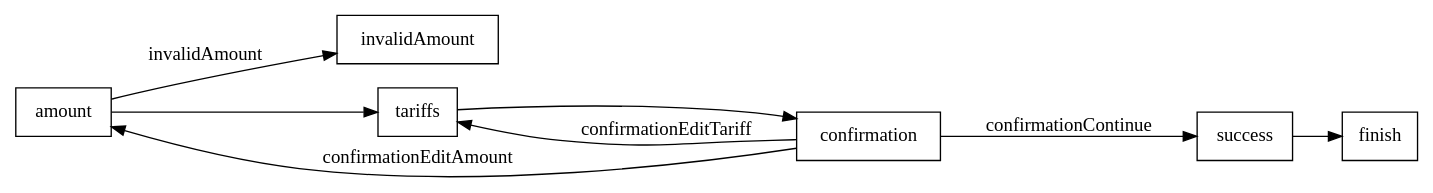
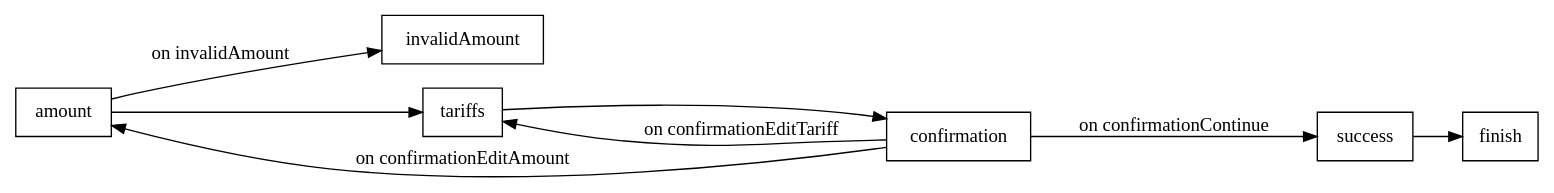
The diagram in README.md (m6vrm/flowkit), drawn with Graphviz before and after one commit. The commit also changed 5 other files, not shown here.

````diff
--- a/README.md
+++ b/README.md
@@ -224,14 +224,14 @@
 ```dot
 strict digraph {
 	rankdir=LR
 	node [shape=box]
 
-	amount -> invalidAmount [label="invalidAmount"]
+	amount -> invalidAmount [label="on invalidAmount"]
 	amount -> tariffs
 	tariffs -> confirmation
-	confirmation -> success [label="confirmationContinue"]
-	confirmation -> amount [label="confirmationEditAmount"]
-	confirmation -> tariffs [label="confirmationEditTariff"]
+	confirmation -> success [label="on confirmationContinue"]
+	confirmation -> amount [label="on confirmationEditAmount"]
+	confirmation -> tariffs [label="on confirmationEditTariff"]
 	success -> finish
 }
 ```
````
